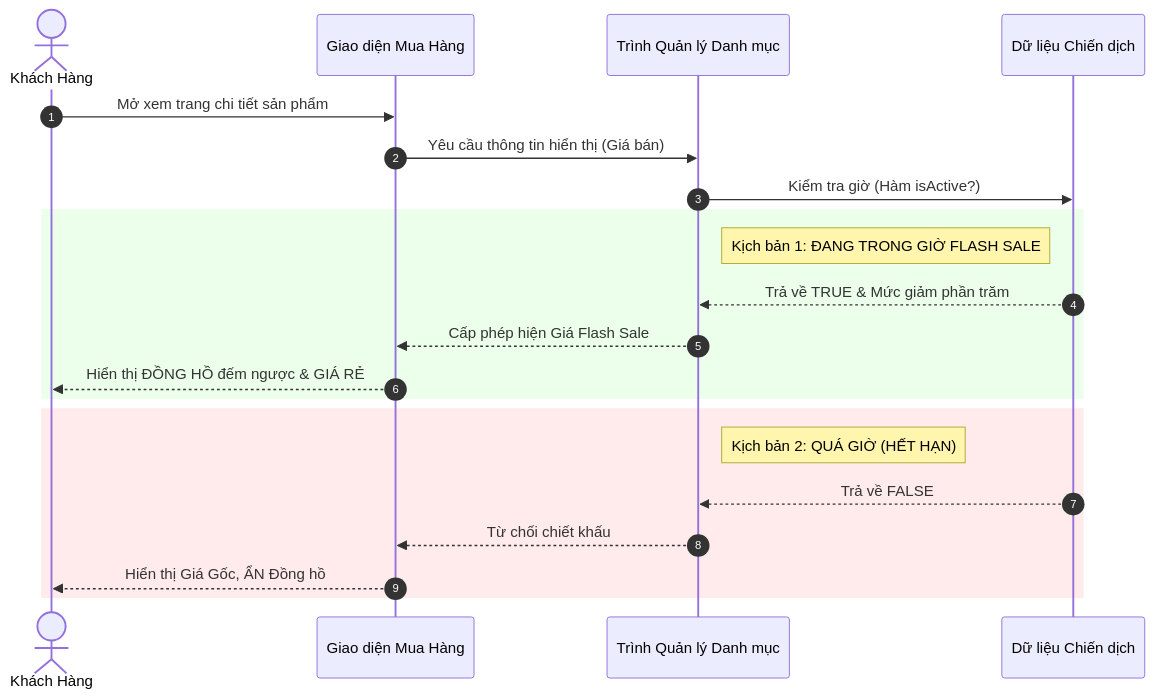
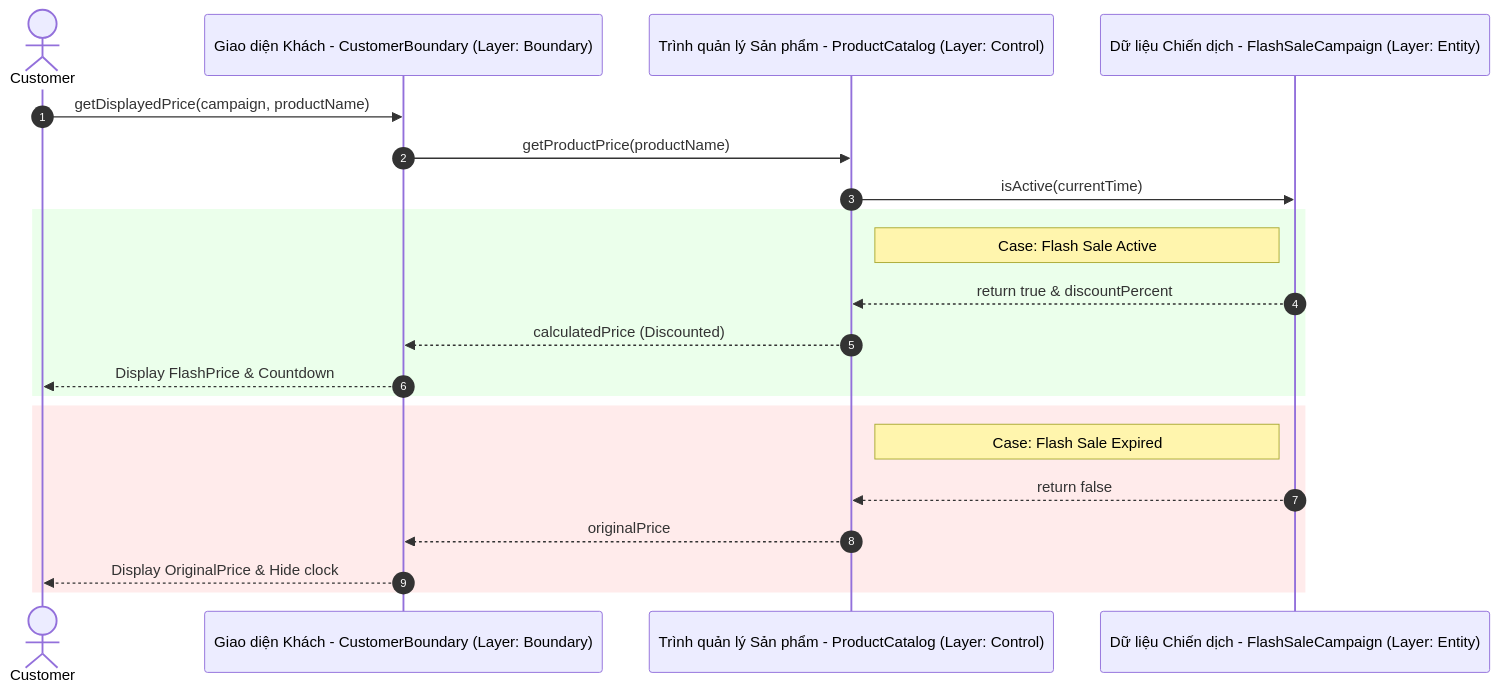
Before and after one commit to BestHoaBonn/flashsaledemo: the first of 6 diagrams in flashsale_diagrams.md, drawn with Mermaid. The commit also changed other lines of this file and 15 other files, not shown here.

Commit message:
feat: implement flash sale core entities and BDD test suite for campaign management, inventory, and analytics

````diff
--- a/flashsale_diagrams.md
+++ b/flashsale_diagrams.md
@@ -17,26 +18,26 @@
 ```mermaid
 sequenceDiagram
     autonumber
-    actor KhachHang as Khách Hàng
-    participant UI as Giao diện Mua Hàng
-    participant Control as Trình Quản lý Danh mục
-    participant Entity as Dữ liệu Chiến dịch
+    actor Customer
+    participant Boundary as Giao diện Khách - CustomerBoundary (Layer: Boundary)
+    participant Control as Trình quản lý Sản phẩm - ProductCatalog (Layer: Control)
+    participant Entity as Dữ liệu Chiến dịch - FlashSaleCampaign (Layer: Entity)
 
-    KhachHang->>UI: Mở xem trang chi tiết sản phẩm
-    UI->>Control: Yêu cầu thông tin hiển thị (Giá bán)
-    Control->>Entity: Kiểm tra giờ (Hàm isActive?)
+    Customer->>Boundary: getDisplayedPrice(campaign, productName)
+    Boundary->>Control: getProductPrice(productName)
+    Control->>Entity: isActive(currentTime)
     
     rect rgb(235, 255, 235)
-        Note right of Control: Kịch bản 1: ĐANG TRONG GIỜ FLASH SALE
-        Entity-->>Control: Trả về TRUE & Mức giảm phần trăm
-        Control-->>UI: Cấp phép hiện Giá Flash Sale
-        UI-->>KhachHang: Hiển thị ĐỒNG HỒ đếm ngược & GIÁ RẺ
+        Note right of Control: Case: Flash Sale Active
+        Entity-->>Control: return true & discountPercent
+        Control-->>Boundary: calculatedPrice (Discounted)
+        Boundary-->>Customer: Display FlashPrice & Countdown
     end
     
     rect rgb(255, 235, 235)
-        Note right of Control: Kịch bản 2: QUÁ GIỜ (HẾT HẠN)
-        Entity-->>Control: Trả về FALSE
-        Control-->>UI: Từ chối chiết khấu
-        UI-->>KhachHang: Hiển thị Giá Gốc, ẨN Đồng hồ
+        Note right of Control: Case: Flash Sale Expired
+        Entity-->>Control: return false
+        Control-->>Boundary: originalPrice
+        Boundary-->>Customer: Display OriginalPrice & Hide clock
     end
 ```
````
